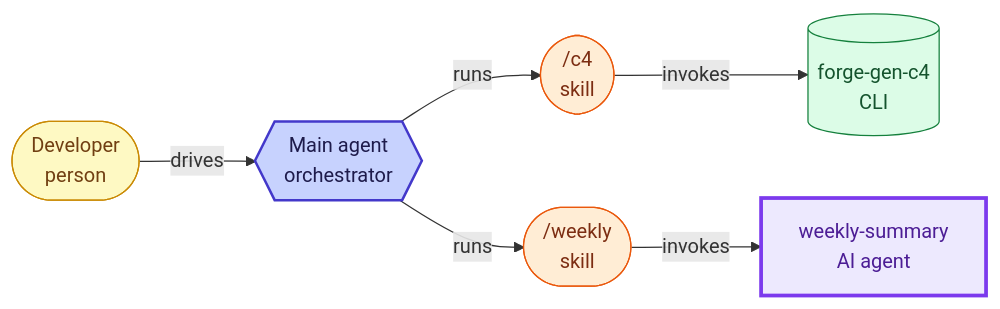
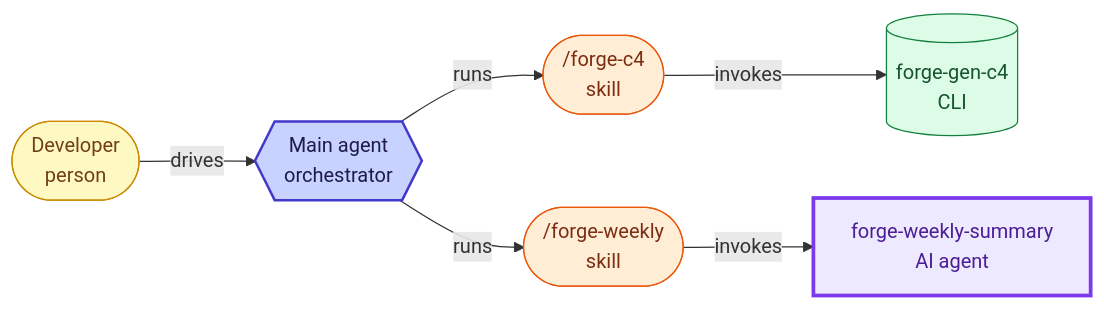
Before and after one commit to misnaej/forge: the sixth of 7 diagrams in docs/agent-architecture.md, drawn with Mermaid. The commit also changed other lines of this file and 187 other files, not shown here.

````diff
--- a/docs/agent-architecture.md
+++ b/docs/agent-architecture.md
@@ -381,30 +378,30 @@
 ```mermaid
 graph LR
   classDef person fill:#fef9c3,stroke:#ca8a04,color:#713f12
   classDef agent fill:#ede9fe,stroke:#7c3aed,color:#4c1d95
   classDef skill fill:#ffedd5,stroke:#ea580c,color:#7c2d12
   classDef hook fill:#fee2e2,stroke:#dc2626,color:#7f1d1d
   classDef cli fill:#dcfce7,stroke:#15803d,color:#14532d
   classDef policy fill:#f1f5f9,stroke:#64748b,color:#334155
   classDef orchestrator fill:#c7d2fe,stroke:#4338ca,color:#1e1b4b,stroke-width:2px
   classDef reporter stroke-dasharray:5 3
   classDef mutator stroke-width:3px
   human(["Developer<br/>person"])
   main_agent{{"Main agent<br/>orchestrator"}}
   human -->|drives| main_agent
-  sk_c4(["/c4<br/>skill"])
+  sk_c4(["/forge-c4<br/>skill"])
   cli_forge_gen_c4[("forge-gen-c4<br/>CLI")]
-  sk_weekly(["/weekly<br/>skill"])
-  weekly_summary["weekly-summary<br/>AI agent"]
+  sk_weekly(["/forge-weekly<br/>skill"])
+  weekly_summary["forge-weekly-summary<br/>AI agent"]
   main_agent -->|runs| sk_c4
   main_agent -->|runs| sk_weekly
   sk_weekly -->|invokes| weekly_summary
   sk_c4 -->|invokes| cli_forge_gen_c4
   class human person
   class main_agent orchestrator
   class sk_c4 skill
   class cli_forge_gen_c4 cli
   class sk_weekly skill
   class weekly_summary agent
   class weekly_summary mutator
 ```
````
